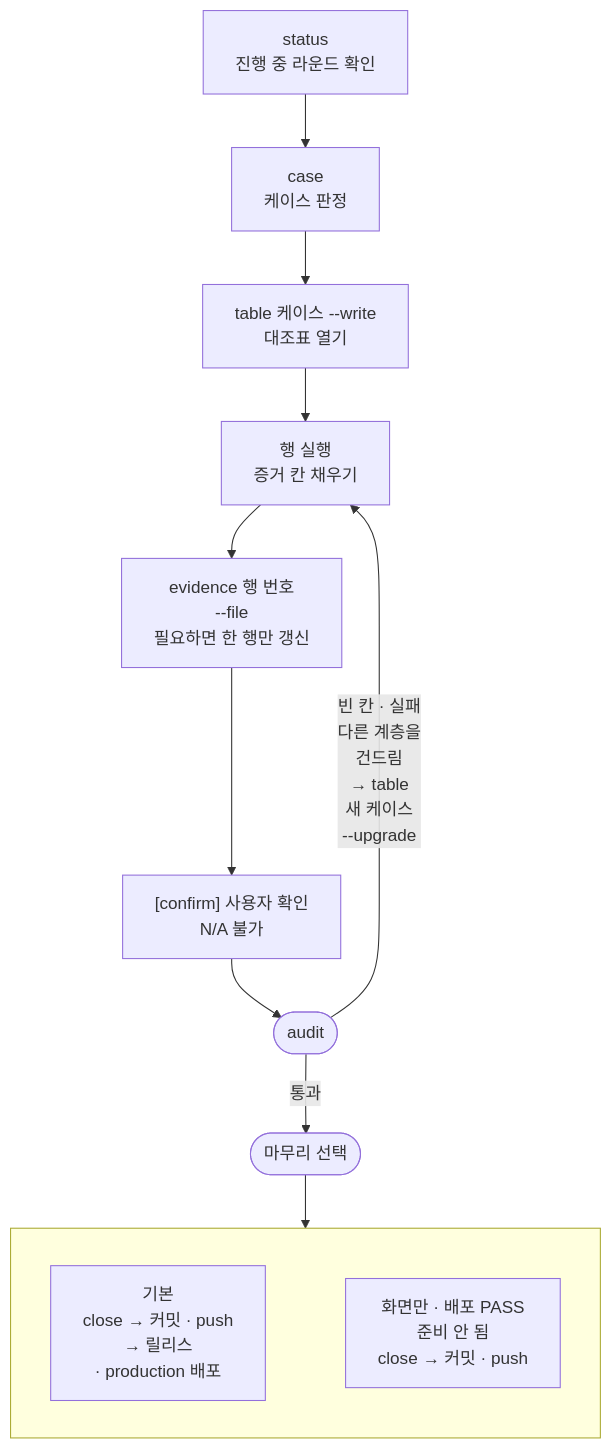
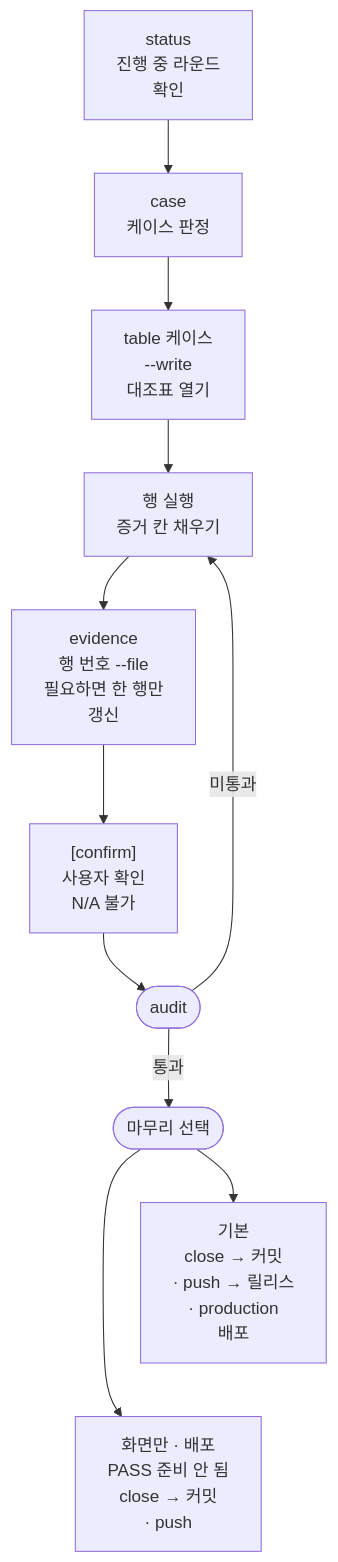
The first of 2 diagrams in handbook/concepts/dev-cycle.md (roadkwon-ai/pro-kit), drawn with Mermaid before and after one commit. The commit also changed other lines of this file and 50 other files, not shown here.

````diff
--- a/handbook/concepts/dev-cycle.md
+++ b/handbook/concepts/dev-cycle.md
@@ -20,20 +20,21 @@
 ```mermaid
 ---
 config:
   flowchart:
-    wrappingWidth: 170
+    wrappingWidth: 130
 ---
 flowchart TB
-  S["status<br/>진행 중 라운드 확인"] --> C["case<br/>케이스 판정"]
-  C --> T["table 케이스 --write<br/>대조표 열기"]
+  accTitle: dev-cycle 순서
+  accDescr: status로 진행 중 라운드를 보고 케이스를 판정해 대조표를 열어요. 행을 실행해 증거를 채우고 사용자 확인을 거쳐 audit을 해요. 빈 칸이나 실패가 있으면 행 실행으로 돌아가고, 통과하면 마무리를 골라요.
+  S["status<br/>진행 중 라운드<br/>확인"] --> C["case<br/>케이스 판정"]
+  C --> T["table 케이스<br/>--write<br/>대조표 열기"]
   T --> R["행 실행<br/>증거 칸 채우기"]
-  R --> EV["evidence 행 번호<br/>--file<br/>필요하면 한 행만 갱신"]
-  EV --> CF["[confirm] 사용자 확인<br/>N/A 불가"]
+  R --> EV["evidence<br/>행 번호 --file<br/>필요하면 한 행만<br/>갱신"]
+  EV --> CF["[confirm]<br/>사용자 확인<br/>N/A 불가"]
   CF --> A(["audit"])
-  A -->|"빈 칸 · 실패<br/>다른 계층을<br/>건드림<br/>→ table<br/>새 케이스<br/>--upgrade"| R
+  A -->|"미통과"| R
   A -->|통과| Q(["마무리 선택"])
-  Q --> M
-  subgraph M[" "]
-    RD["기본<br/>close → 커밋 · push<br/>→ 릴리스<br/>· production 배포"] ~~~ CL["화면만 · 배포 PASS<br/>준비 안 됨<br/>close → 커밋 · push"]
-  end
+  Q --> RD["기본<br/>close → 커밋<br/>· push → 릴리스<br/>· production<br/>배포"]
+  Q --> CL["화면만 · 배포<br/>PASS 준비 안 됨<br/>close → 커밋<br/>· push"]
+  RD ~~~ CL
 ```
````
